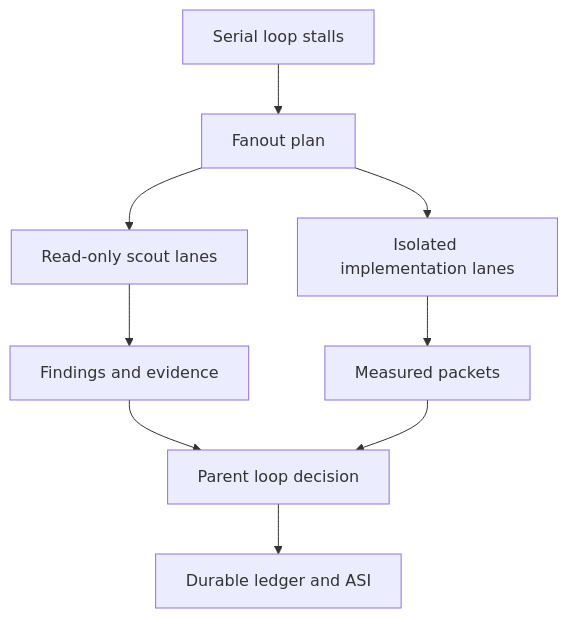
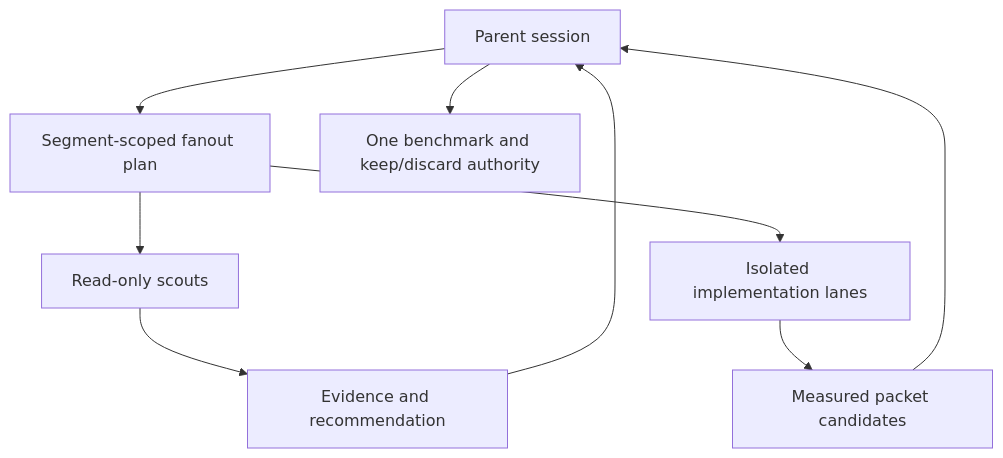
Before and after one commit to TheGreenCedar/codex-autoresearch: the fourth of 5 diagrams in plugins/codex-autoresearch/docs/architecture.md, drawn with Mermaid. The commit also changed other lines of this file and 98 other files, not shown here.

````diff
--- a/plugins/codex-autoresearch/docs/architecture.md
+++ b/plugins/codex-autoresearch/docs/architecture.md
@@ -98,11 +87,11 @@
 ```mermaid
 flowchart TD
-  Stuck["Serial loop stalls"] --> Fanout["Fanout plan"]
-  Fanout --> Scout["Read-only scout lanes"]
+  Parent["Parent session"] --> Fanout["Segment-scoped fanout plan"]
+  Fanout --> Scout["Read-only scouts"]
   Fanout --> Impl["Isolated implementation lanes"]
-  Scout --> Findings["Findings and evidence"]
-  Impl --> Packets["Measured packets"]
-  Findings --> Parent["Parent loop decision"]
+  Scout --> Evidence["Evidence and recommendation"]
+  Impl --> Packets["Measured packet candidates"]
+  Evidence --> Parent
   Packets --> Parent
-  Parent --> Ledger["Durable ledger and ASI"]
+  Parent --> Decision["One benchmark and keep/discard authority"]
 ```
````
